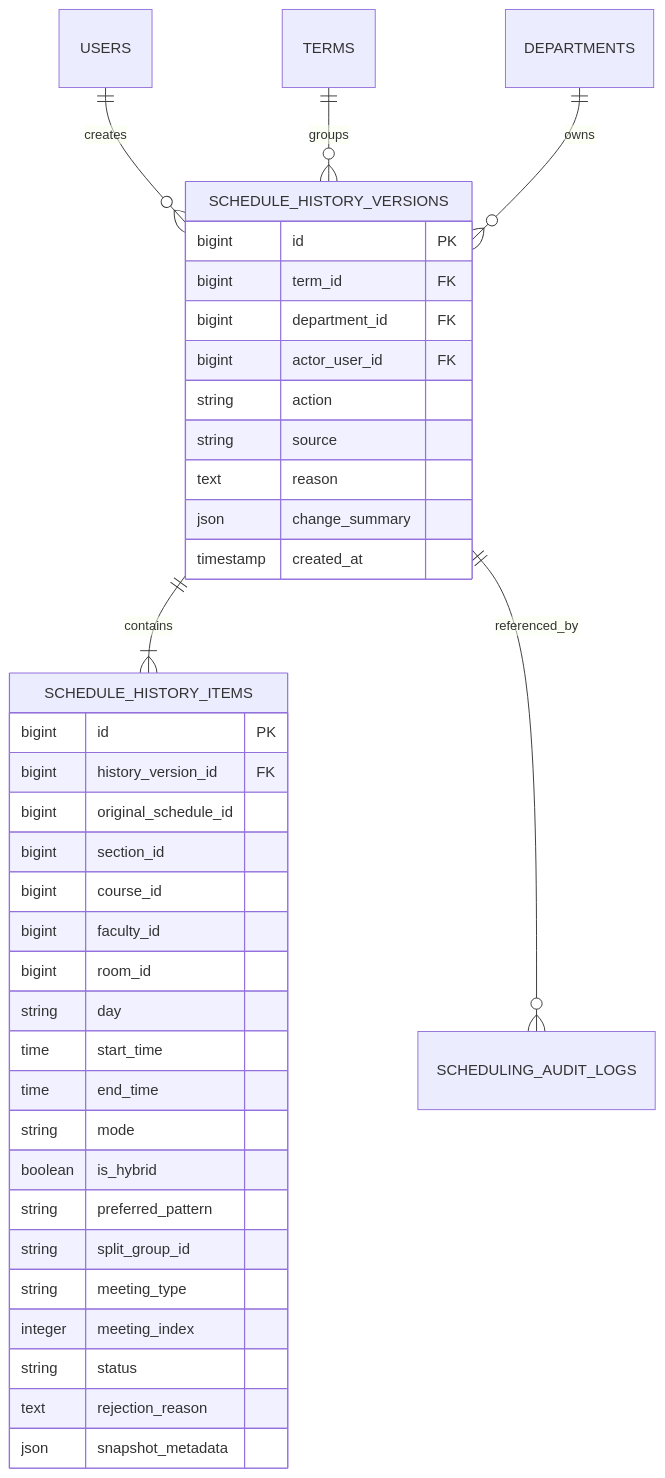
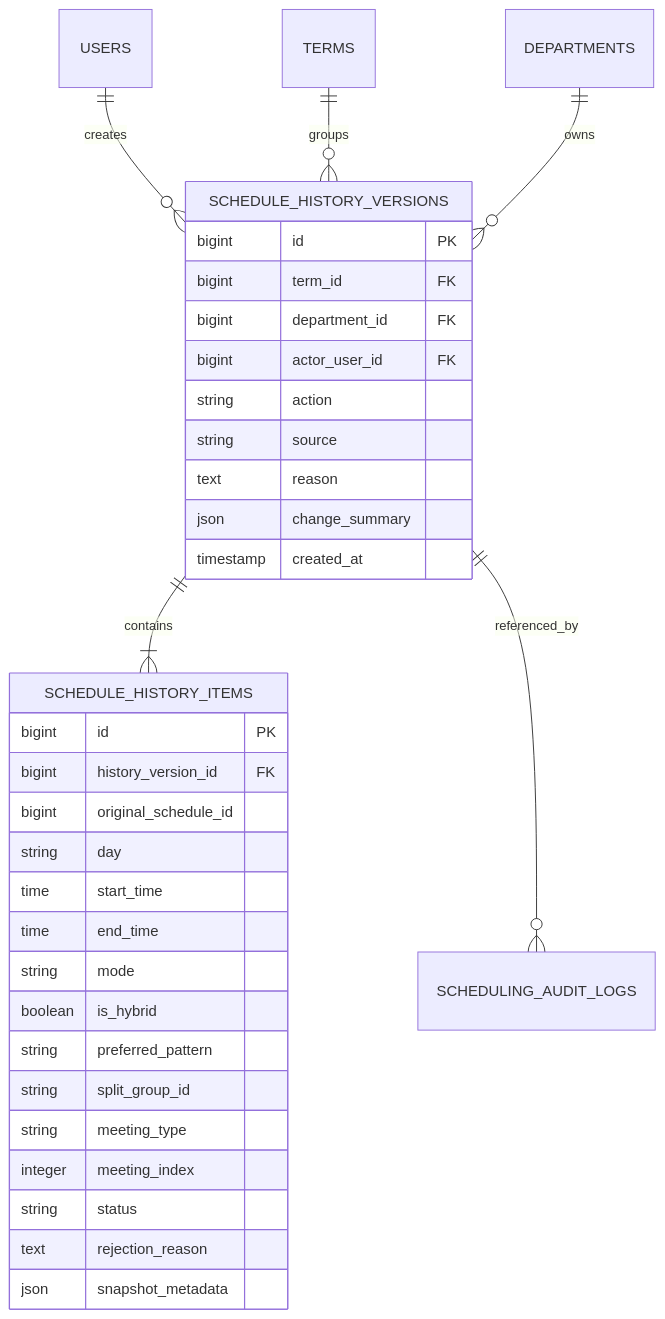
The second of 2 diagrams in docs/schedule_history_workflow.md (rtdabz/Web-Based-Intelligent-Conflict-Detection-and-Recommendation-System-for-Academic-Scheduling), drawn with Mermaid before and after one commit. The commit also changed other lines of this file and 368 other files, not shown here.

````diff
--- a/docs/schedule_history_workflow.md
+++ b/docs/schedule_history_workflow.md
@@ -64,42 +64,38 @@
 ```mermaid
 erDiagram
     USERS ||--o{ SCHEDULE_HISTORY_VERSIONS : creates
     TERMS ||--o{ SCHEDULE_HISTORY_VERSIONS : groups
     DEPARTMENTS ||--o{ SCHEDULE_HISTORY_VERSIONS : owns
     SCHEDULE_HISTORY_VERSIONS ||--|{ SCHEDULE_HISTORY_ITEMS : contains
     SCHEDULE_HISTORY_VERSIONS ||--o{ SCHEDULING_AUDIT_LOGS : referenced_by
 
     SCHEDULE_HISTORY_VERSIONS {
         bigint id PK
         bigint term_id FK
         bigint department_id FK
         bigint actor_user_id FK
         string action
         string source
         text reason
         json change_summary
         timestamp created_at
     }
 
     SCHEDULE_HISTORY_ITEMS {
         bigint id PK
         bigint history_version_id FK
         bigint original_schedule_id
-        bigint section_id
-        bigint course_id
-        bigint faculty_id
-        bigint room_id
         string day
         time start_time
         time end_time
         string mode
         boolean is_hybrid
         string preferred_pattern
         string split_group_id
         string meeting_type
         integer meeting_index
         string status
         text rejection_reason
         json snapshot_metadata
     }
 ```
````
